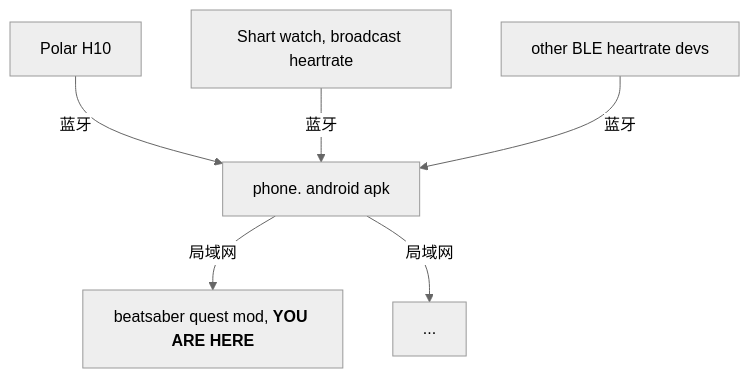
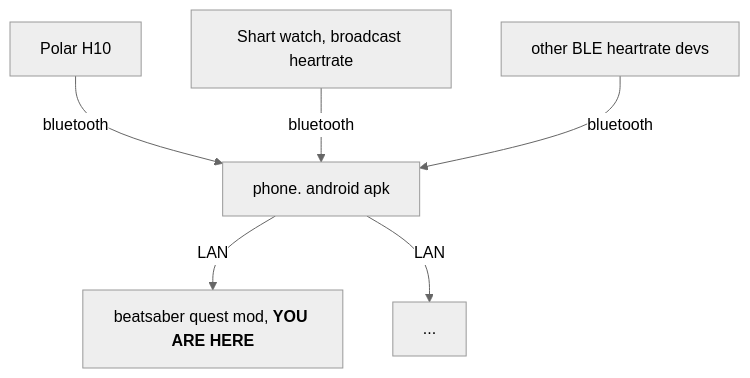
One commit to frto027/HeartBeatLanClientBSQuest changed the diagram in README.md. Above: the diagram before and after it, drawn with Mermaid (neutral theme).

Commit message:
udpate readme

````diff
--- a/README.md
+++ b/README.md
@@ -12,14 +12,14 @@
 ```mermaid
 graph TD;
     POLAR_H10[Polar H10]
     SMART_WATCH[Shart watch, broadcast heartrate]
     BLE_DEV[other BLE heartrate devs]
     PHONE[phone. android apk]
     BEATSABER[beatsaber quest mod, <b>YOU ARE HERE</b>]
 
-    POLAR_H10--蓝牙-->PHONE;
-    SMART_WATCH--蓝牙-->PHONE;
-    BLE_DEV--蓝牙-->PHONE;
-    PHONE--局域网-->BEATSABER;
-    PHONE--局域网-->...;
+    POLAR_H10--bluetooth-->PHONE;
+    SMART_WATCH--bluetooth-->PHONE;
+    BLE_DEV--bluetooth-->PHONE;
+    PHONE--LAN-->BEATSABER;
+    PHONE--LAN-->...;
 ```
````
